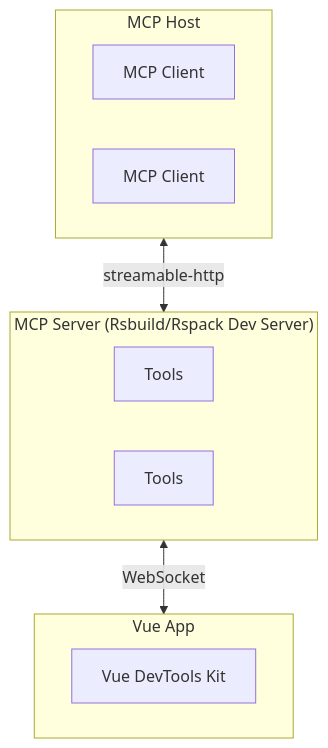
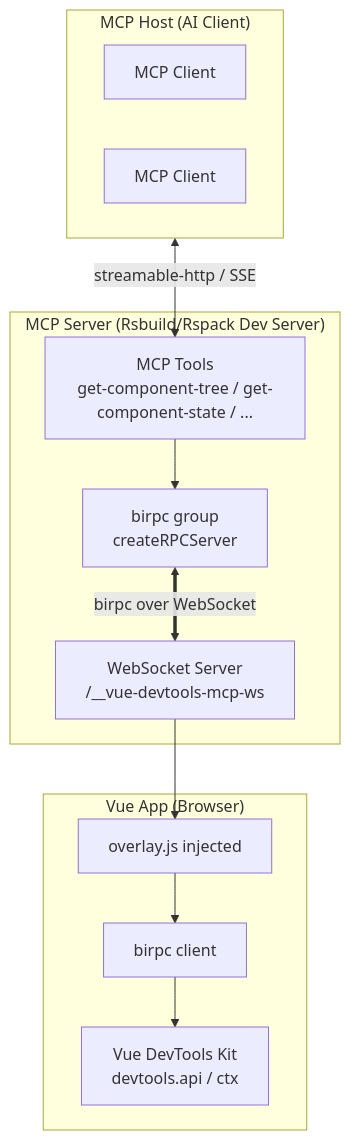
The diagram in README.md (BrightX/rsbuild-plugin-vue-mcp), drawn with Mermaid before and after one commit. The commit also changed other lines of this file and 2 other files, not shown here.

````diff
--- a/README.md
+++ b/README.md
@@ -95,19 +155,24 @@
 ```mermaid
 graph TD
-    subgraph A["MCP Host"]
+    subgraph A["MCP Host (AI Client)"]
         A1[MCP Client]
         A2[MCP Client]
     end
 
     subgraph B["MCP Server (Rsbuild/Rspack Dev Server)"]
-        B1[Tools]
-        B2[Tools]
+        B1[MCP Tools<br/>get-component-tree / get-component-state / ...]
+        B2[birpc group<br/>createRPCServer]
+        B3[WebSocket Server<br/>/__vue-devtools-mcp-ws]
     end
 
-    subgraph C["Vue App"]
-        C1[Vue DevTools Kit]
+    subgraph C["Vue App (Browser)"]
+        C1[overlay.js injected]
+        C2[birpc client]
+        C3[Vue DevTools Kit<br/>devtools.api / ctx]
     end
 
-    A <-- " streamable-http " --> B
-    B <-- " WebSocket " --> C
+    A <-- " streamable-http / SSE " --> B1
+    B1 --> B2
+    B2 <== " birpc over WebSocket " ==> B3
+    B3 --> C1 --> C2 --> C3
 ```
````
